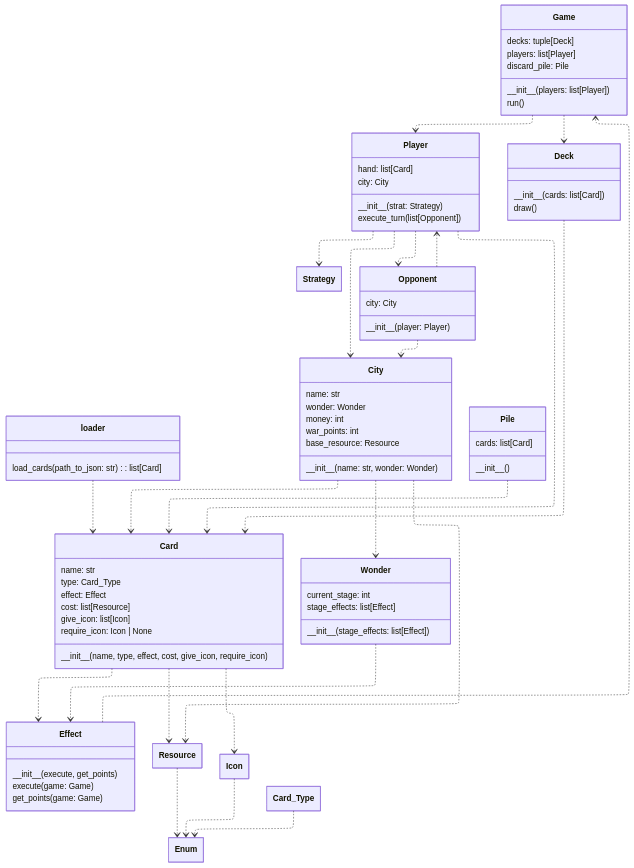
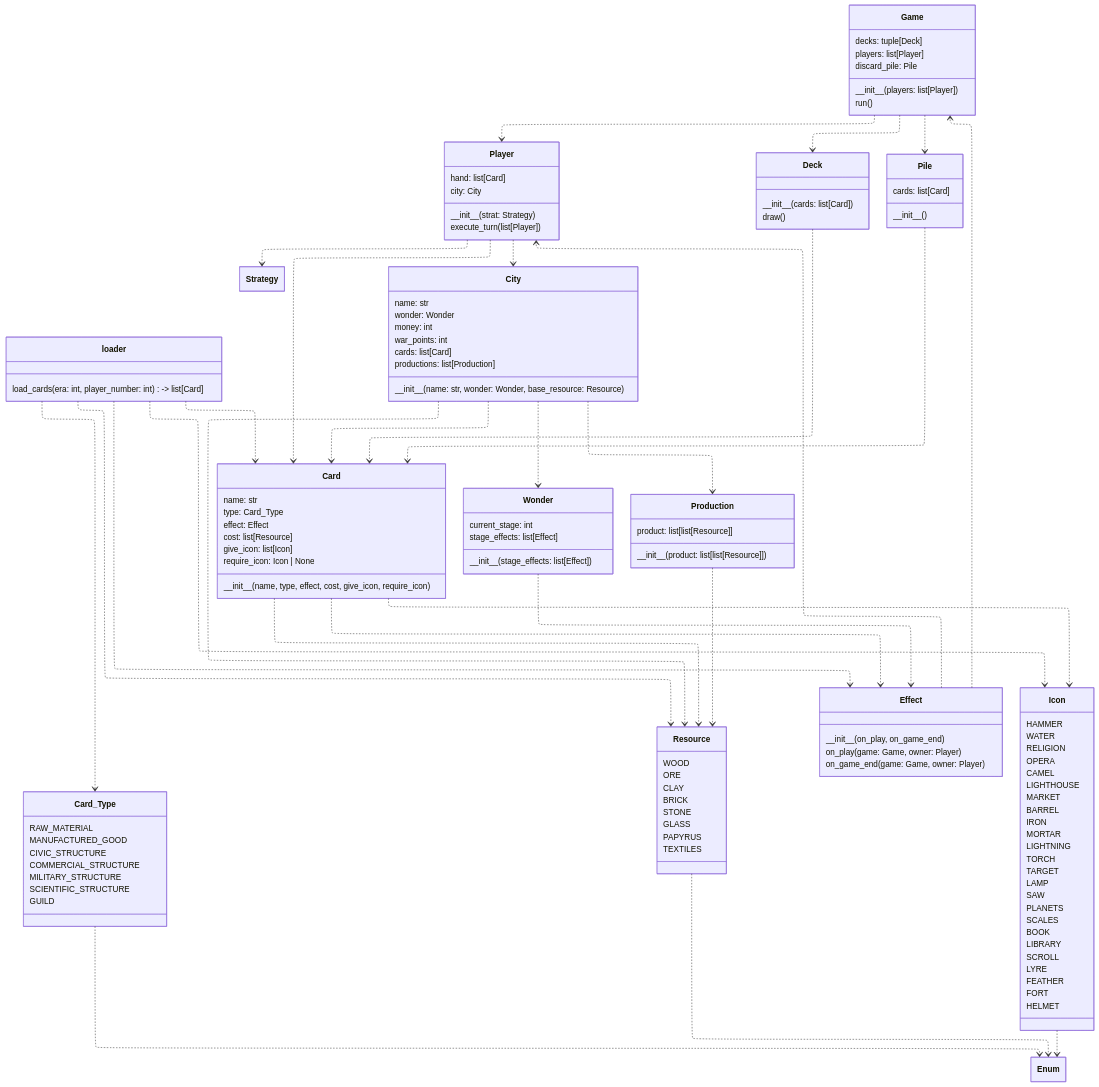
Before and after one commit to Oldranda1414/7sim: the diagram in doc/assets/src/hldesign.mmd, drawn with Mermaid. The commit also changed 10 other files, not shown here.

Commit message:
add production to card data

```diff
--- a/doc/assets/src/hldesign.mmd
+++ b/doc/assets/src/hldesign.mmd
@@ -1,106 +1,151 @@
 ---
 config:
   class:
     hideEmptyMembersBox: true
   layout: elk
 ---
 classDiagram
     class loader {
-        load_cards(path_to_json: str): list[Card]
+        load_cards(era: int, player_number: int) -> list[Card]
     }
     loader ..> Card
+    loader ..> Card_Type
+    loader ..> Resource
+    loader ..> Effect
+    loader ..> Icon
 
     class Game {
         decks: tuple[Deck]
         players: list[Player]
         discard_pile: Pile
         \_\_init\_\_(players: list[Player])
         run()
     }
     Game ..> Player
     Game ..> Deck
+    Game ..> Pile
 
     class Player {
         hand: list[Card]
         city: City
         \_\_init\_\_(strat: Strategy)
-        execute_turn(list[Opponent])
+        execute_turn(list[Player])
     }
     Player ..> Strategy
-    Player ..> Opponent
     Player ..> City
     Player ..> Card
-
-    class Opponent {
-        city: City
-        \_\_init\_\_(player: Player)
-    }
-    Opponent ..> Player
-    Opponent ..> City
 
     class Strategy {
         %% \_\_init\_\_()
     }
 
     class Deck {
         \_\_init\_\_(cards: list[Card])
         draw()
     }
     Deck ..> Card
 
     class Pile {
         \_\_init\_\_()
         cards: list[Card]
     }
     Pile ..> Card
 
     class Card {
         name: str
         type: Card_Type
         effect: Effect
-       cost: list[Resource]
+        cost: list[Resource]
         give_icon: list[Icon]
         require_icon: Icon | None
         \_\_init\_\_(name, type, effect, cost, give_icon, require_icon)
     }
     Card ..> Effect
     Card ..> Resource
     Card ..> Icon
 
     class Card_Type {
+      RAW_MATERIAL
+      MANUFACTURED_GOOD
+      CIVIC_STRUCTURE
+      COMMERCIAL_STRUCTURE
+      MILITARY_STRUCTURE
+      SCIENTIFIC_STRUCTURE
+      GUILD
     }
     Card_Type ..> Enum
 
     class Icon {
+      HAMMER
+      WATER
+      RELIGION
+      OPERA
+      CAMEL
+      LIGHTHOUSE
+      MARKET
+      BARREL
+      IRON
+      MORTAR
+      LIGHTNING
+      TORCH
+      TARGET
+      LAMP
+      SAW
+      PLANETS
+      SCALES
+      BOOK
+      LIBRARY
+      SCROLL
+      LYRE
+      FEATHER
+      FORT
+      HELMET
     }
     Icon ..> Enum
 
     class Resource {
+      WOOD
+      ORE
+      CLAY
+      BRICK
+      STONE
+      GLASS
+      PAPYRUS
+      TEXTILES
     }
     Resource ..> Enum
 
     class City {
         name: str
         wonder: Wonder
         money: int
         war_points: int
-        base_resource: Resource
-        \_\_init\_\_(name: str, wonder: Wonder)
+        cards: list[Card]
+        productions: list[Production]
+        \_\_init\_\_(name: str, wonder: Wonder, base_resource: Resource)
     }
     City ..> Card
     City ..> Wonder
     City ..> Resource
+    City ..> Production
+
+    class Production {
+        product: list[list[Resource]]
+        \_\_init\_\_(product: list[list[Resource]])
+    }
+    Production ..> Resource
 
     class Wonder {
         current_stage: int
         stage_effects: list[Effect]
         \_\_init\_\_(stage_effects: list[Effect])
     }
     Wonder ..> Effect
 
     class Effect {
-        \_\_init\_\_(execute, get_points)
-        execute(game: Game)
-        get_points(game: Game)
+        \_\_init\_\_(on_play, on_game_end)
+        on_play(game: Game, owner: Player)
+        on_game_end(game: Game, owner: Player)
     }
     Effect ..> Game
+    Effect ..> Player
```
